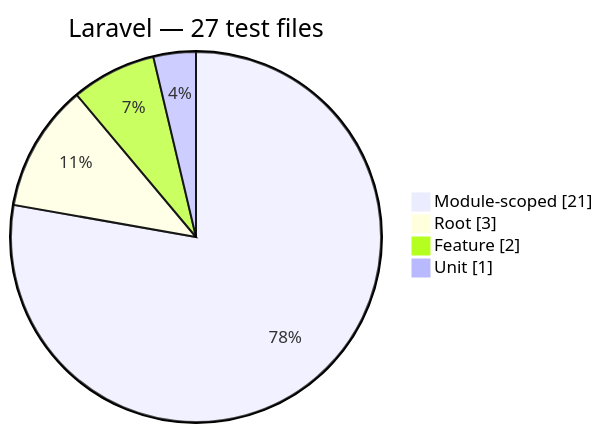
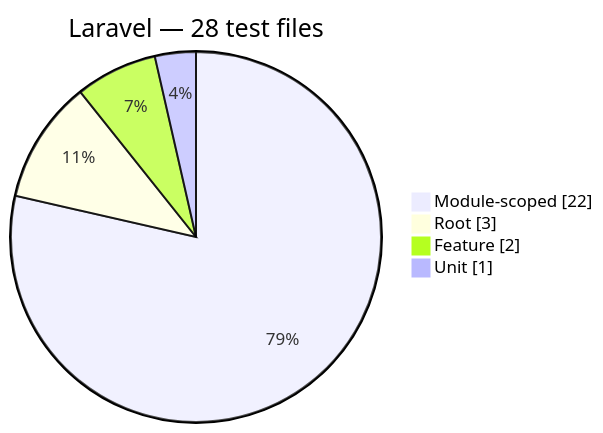
The seventh of 7 diagrams in docs/generated/test-composition.md (Mohammed-Alama/php-arazzo), drawn with Mermaid before and after one commit. The commit also changed other lines of this file and 17 other files, not shown here.

````diff
--- a/docs/generated/test-composition.md
+++ b/docs/generated/test-composition.md
@@ -110,8 +110,8 @@
 ```mermaid
 pie showData
-    title Laravel — 27 test files
-    "Module-scoped": 21
+    title Laravel — 28 test files
+    "Module-scoped": 22
     "Root": 3
     "Feature": 2
     "Unit": 1
 ```
````
